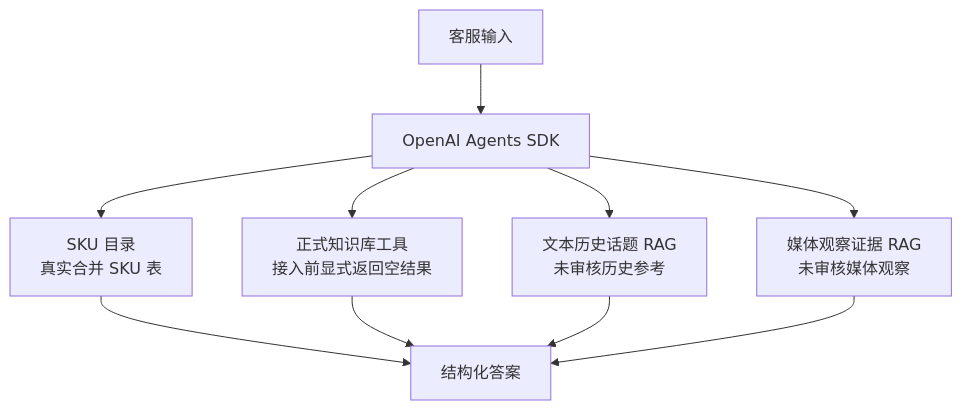
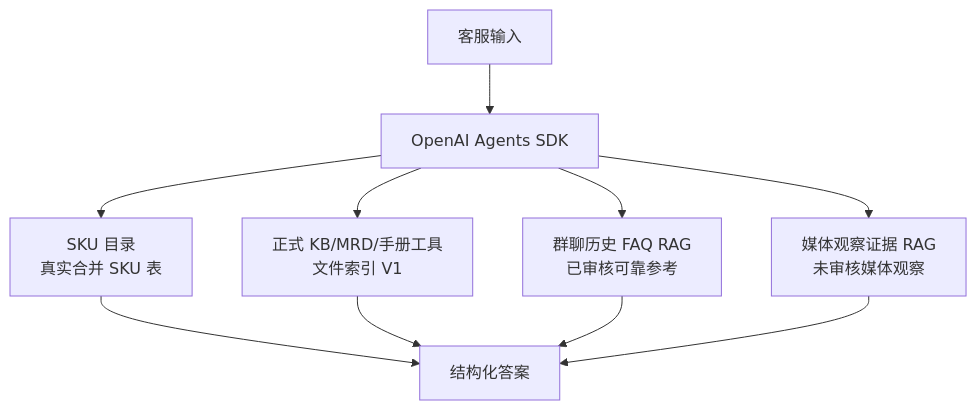
One commit to ccchenhuohuo/after-sale-ai-agent changed the second of 3 diagrams in docs/knowledge-base.md. Above: the diagram before and after it, drawn with Mermaid. The commit also changed other lines of this file and 51 other files, not shown here.

````diff
--- a/docs/knowledge-base.md
+++ b/docs/knowledge-base.md
@@ -31,12 +33,12 @@
 ```mermaid
 flowchart TB
     msg["客服输入"] --> agent["OpenAI Agents SDK"]
     agent --> sku["SKU 目录<br/>真实合并 SKU 表"]
-    agent --> official["正式知识库工具<br/>接入前显式返回空结果"]
-    agent --> history["文本历史话题 RAG<br/>未审核历史参考"]
+    agent --> official["正式 KB/MRD/手册工具<br/>文件索引 V1"]
+    agent --> history["群聊历史 FAQ RAG<br/>已审核可靠参考"]
     agent --> media["媒体观察证据 RAG<br/>未审核媒体观察"]
     sku --> answer["结构化答案"]
     official --> answer
     history --> answer
     media --> answer
 ```
````
